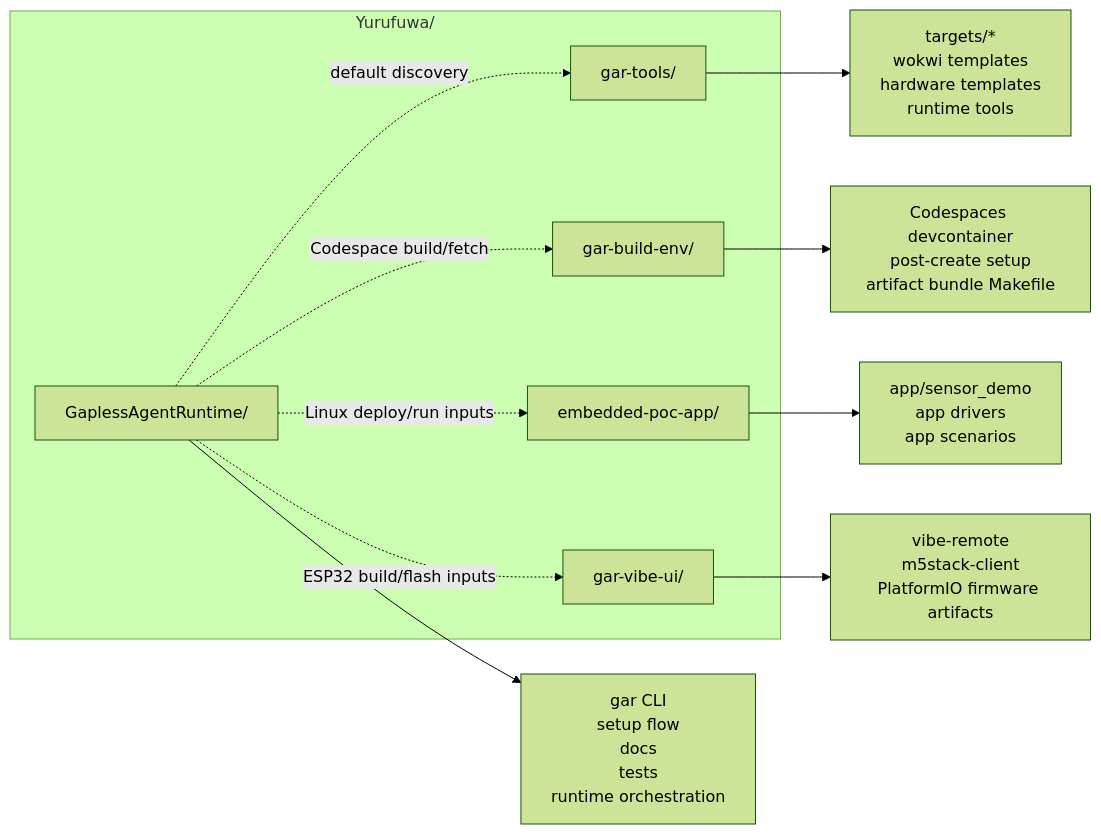
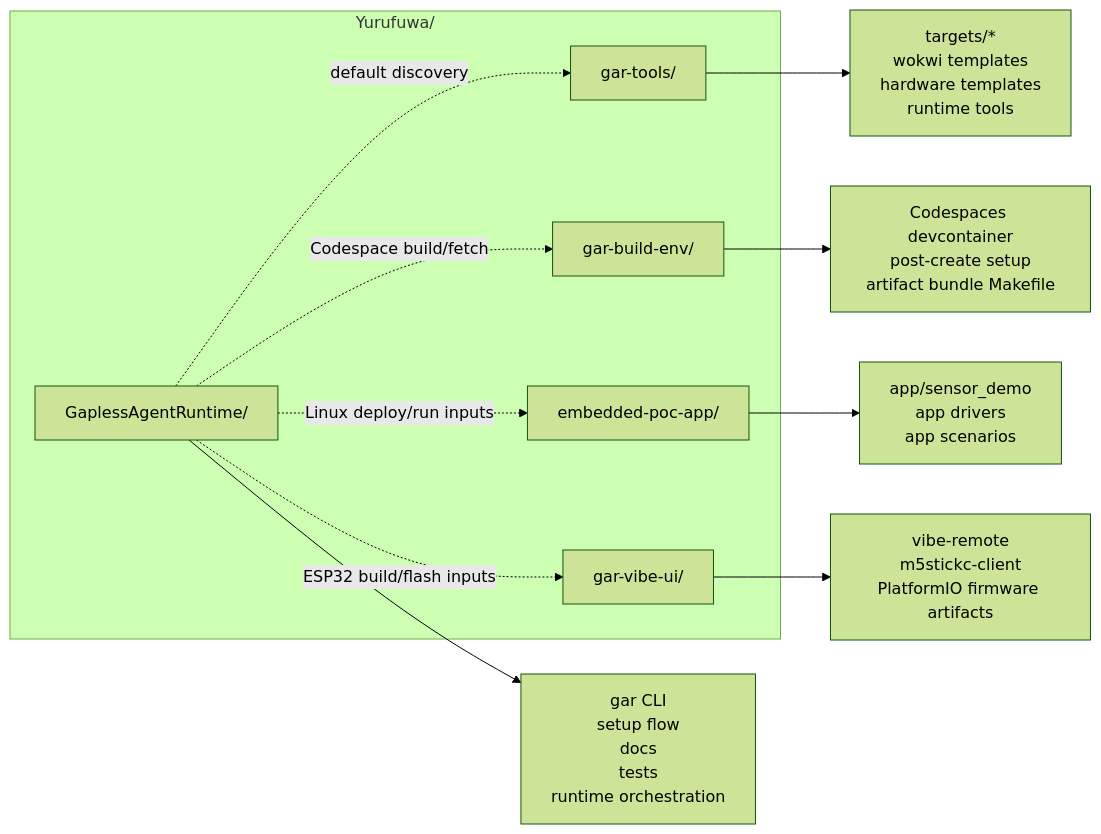
The second of 6 diagrams in docs/08_REPOSITORY_LAYOUT.md (ThousandsOfTies/GaplessAgentRuntime), drawn with Mermaid (forest theme) before and after one commit. The commit also changed other lines of this file and 20 other files, not shown here.

````diff
--- a/docs/08_REPOSITORY_LAYOUT.md
+++ b/docs/08_REPOSITORY_LAYOUT.md
@@ -46,21 +47,21 @@
 ```mermaid
 flowchart LR
   subgraph Workspace["Yurufuwa/"]
     GAR["GaplessAgentRuntime/"]
     Tools["gar-tools/"]
     BuildEnv["gar-build-env/"]
     LinuxApp["embedded-poc-app/"]
     M5App["gar-vibe-ui/"]
   end
 
   GAR --> GARFiles["gar CLI\nsetup flow\ndocs\ntests\nruntime orchestration"]
   Tools --> ToolFiles["targets/*\nwokwi templates\nhardware templates\nruntime tools"]
   BuildEnv --> BuildFiles["Codespaces devcontainer\npost-create setup\nartifact bundle Makefile"]
   LinuxApp --> LinuxAppFiles["app/sensor_demo\napp drivers\napp scenarios"]
-  M5App --> M5AppFiles["vibe-remote\nm5stack-client\nPlatformIO firmware artifacts"]
+  M5App --> M5AppFiles["vibe-remote\nm5stickc-client\nPlatformIO firmware artifacts"]
 
   GAR -. "default discovery" .-> Tools
   GAR -. "Codespace build/fetch" .-> BuildEnv
   GAR -. "Linux deploy/run inputs" .-> LinuxApp
   GAR -. "ESP32 build/flash inputs" .-> M5App
 ```
````
